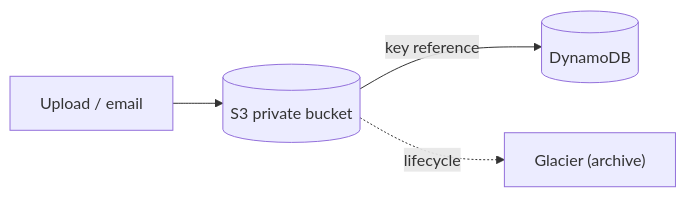
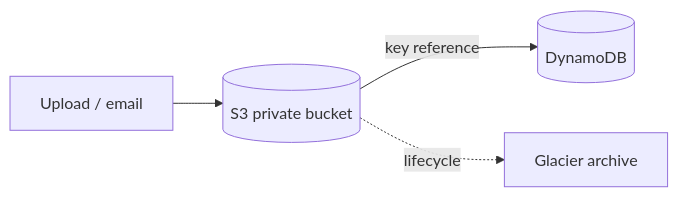
Before and after one commit to Nikorshun/autoexpense: diagram 17 of 23 in docs/AWS-SERVICES.md, drawn with Mermaid. The commit also changed other lines of this file and 3 other files, not shown here.

First line of the commit message:
Make all docs Mermaid diagrams GitHub-safe

````diff
--- a/docs/AWS-SERVICES.md
+++ b/docs/AWS-SERVICES.md
@@ -355,6 +355,6 @@
 ```mermaid
 flowchart LR
     Up["Upload / email"] --> S3[("S3 private bucket")]
     S3 -->|key reference| DDB[("DynamoDB")]
-    S3 -. lifecycle .-> GL["Glacier (archive)"]
+    S3 -. lifecycle .-> GL["Glacier archive"]
 ```
````
